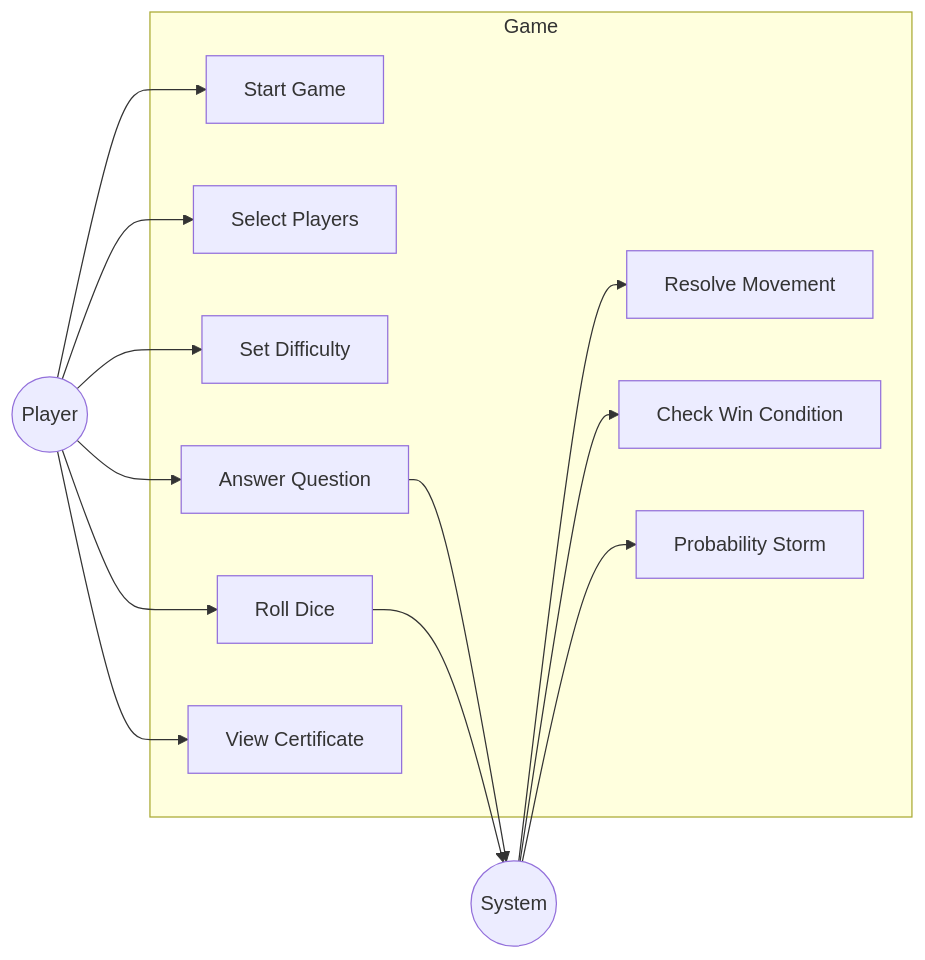
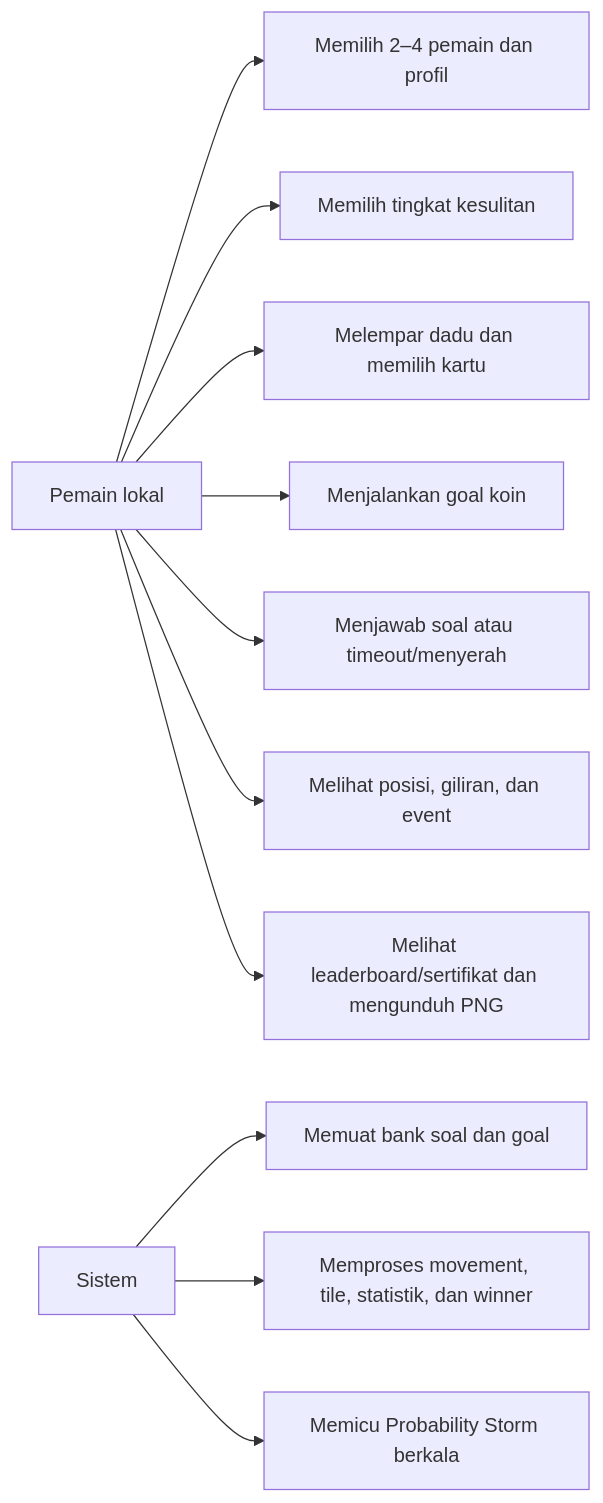
The fourth of 7 diagrams in flow-and-requirement.md (icanxPrograming/Snake-And-Ladders-FSM-State), drawn with Mermaid before and after one commit. The commit also changed other lines of this file and 5 other files, not shown here.

````diff
--- a/flow-and-requirement.md
+++ b/flow-and-requirement.md
@@ -261,29 +153,14 @@
 ```mermaid
 flowchart LR
-    Player((Player))
-    System((System))
-
-    subgraph Game
-        A[Start Game]
-        B[Select Players]
-        C[Set Difficulty]
-        D[Roll Dice]
-        E[Answer Question]
-        F[Resolve Movement]
-        G[Check Win Condition]
-        H[View Certificate]
-        I[Probability Storm]
-    end
-
-    Player --> A
-    Player --> B
-    Player --> C
-    Player --> D
-    Player --> E
-    Player --> H
-    System --> F
-    System --> G
-    System --> I
-    E --> System
-    D --> System
+  P[Pemain lokal]
+  P --> A[Memilih 2–4 pemain dan profil]
+  P --> B[Memilih tingkat kesulitan]
+  P --> C[Melempar dadu dan memilih kartu]
+  P --> D[Menjalankan goal koin]
+  P --> E[Menjawab soal atau timeout/menyerah]
+  P --> F[Melihat posisi, giliran, dan event]
+  P --> G[Melihat leaderboard/sertifikat dan mengunduh PNG]
+  SYS[Sistem] --> H[Memuat bank soal dan goal]
+  SYS --> I[Memproses movement, tile, statistik, dan winner]
+  SYS --> J[Memicu Probability Storm berkala]
 ```
````
